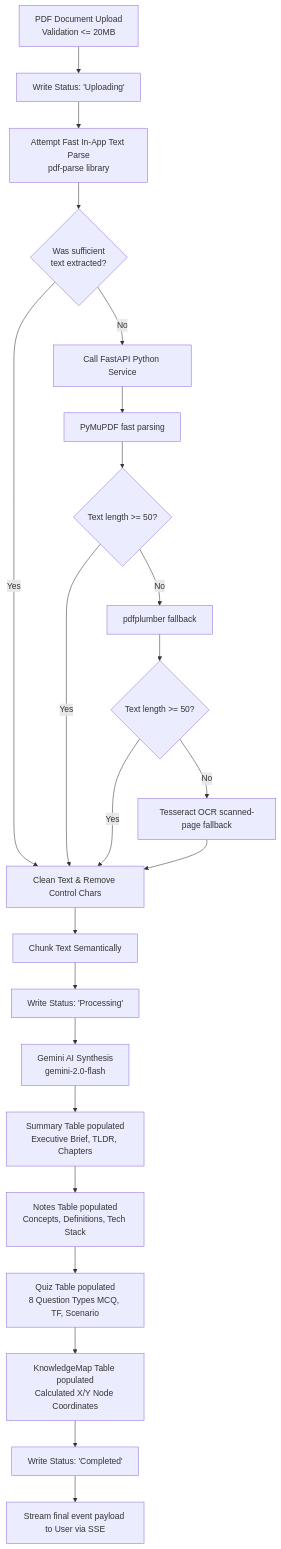
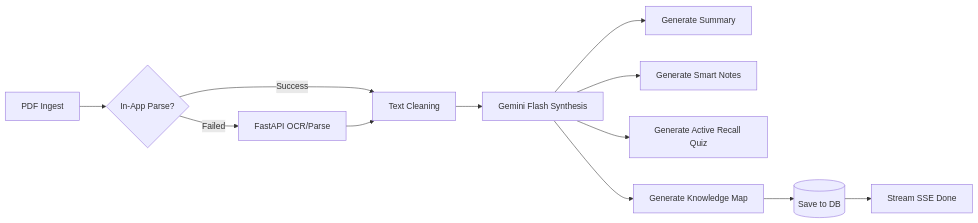
Before and after one commit to yash-008-dev/yash-008-dev: the second of 2 diagrams in README.md, drawn with Mermaid. The commit also changed other lines of this file, not shown here.

````diff
--- a/README.md
+++ b/README.md
@@ -103,25 +63,14 @@
 ```mermaid
-flowchart TD
-    Upload[PDF Document Upload\nValidation <= 20MB] --> Status_Log[Write Status: 'Uploading']
-    Status_Log --> PDF_Parse[Attempt Fast In-App Text Parse\npdf-parse library]
-    PDF_Parse --> Check_Text{Was sufficient\ntext extracted?}
-    Check_Text -->|Yes| Clean[Clean Text & Remove Control Chars]
-    Check_Text -->|No| Python_Parser[Call FastAPI Python Service]
-    Python_Parser --> PyMuPDF[PyMuPDF fast parsing]
-    PyMuPDF --> Check_PyMuPDF{Text length >= 50?}
-    Check_PyMuPDF -->|Yes| Clean
-    Check_PyMuPDF -->|No| PDFPlumber[pdfplumber fallback]
-    PDFPlumber --> Check_Plumber{Text length >= 50?}
-    Check_Plumber -->|Yes| Clean
-    Check_Plumber -->|No| OCR[Tesseract OCR scanned-page fallback]
-    OCR --> Clean
-    Clean --> Chunk[Chunk Text Semantically]
-    Chunk --> Status_Processing[Write Status: 'Processing']
-    Status_Processing --> AI_Scribe[Gemini AI Synthesis\ngemini-2.0-flash]
-    AI_Scribe --> Summary_Gen[Summary Table populated\nExecutive Brief, TLDR, Chapters]
-    Summary_Gen --> Note_Pop[Notes Table populated\nConcepts, Definitions, Tech Stack]
-    Note_Pop --> Quiz_Gen[Quiz Table populated\n8 Question Types MCQ, TF, Scenario]
-    Quiz_Gen --> KMap_Gen[KnowledgeMap Table populated\nCalculated X/Y Node Coordinates]
-    KMap_Gen --> Complete[Write Status: 'Completed']
-    Complete --> SSE[Stream final event payload to User via SSE]
+flowchart LR
+    Upload[PDF Ingest] --> InApp{In-App Parse?}
+    InApp -->|Success| Clean[Text Cleaning]
+    InApp -->|Failed| FastAPI[FastAPI OCR/Parse]
+    FastAPI --> Clean
+    Clean --> AI[Gemini Flash Synthesis]
+    AI --> Summary[Generate Summary]
+    AI --> Notes[Generate Smart Notes]
+    AI --> Quiz[Generate Active Recall Quiz]
+    AI --> KMap[Generate Knowledge Map]
+    KMap --> DB[(Save to DB)]
+    DB --> SSE[Stream SSE Done]
 ```
````
